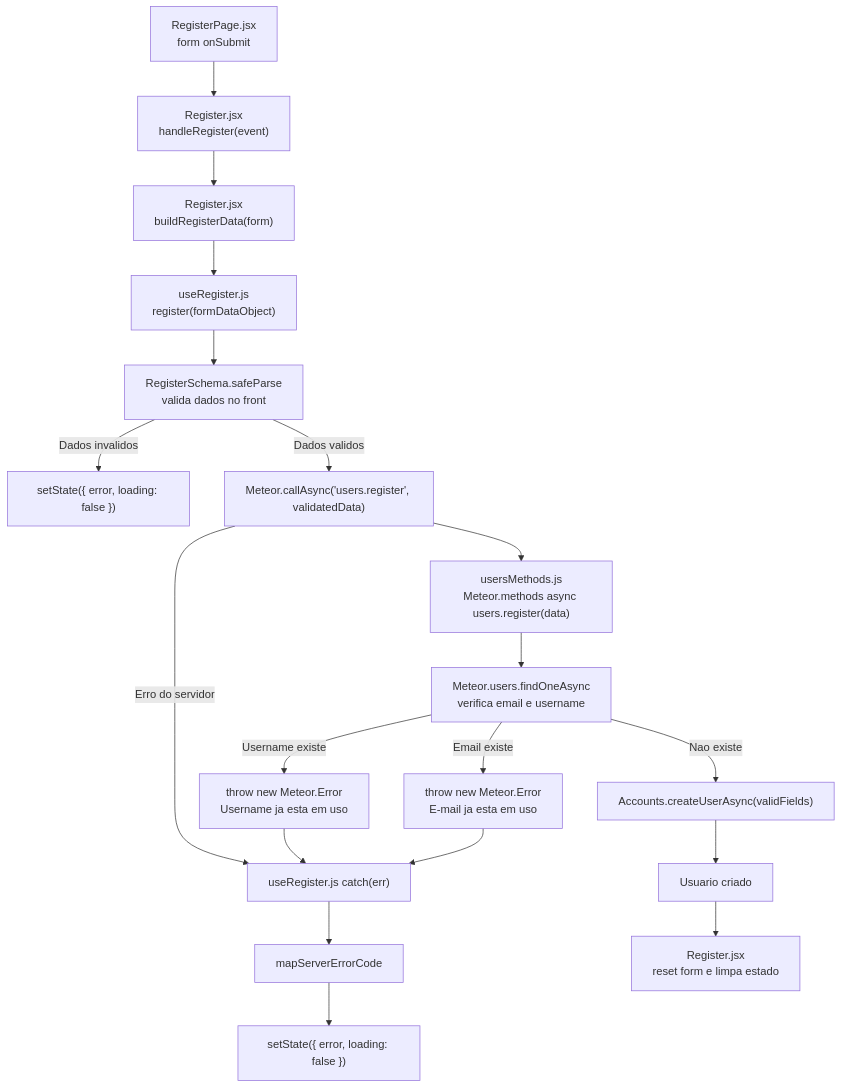
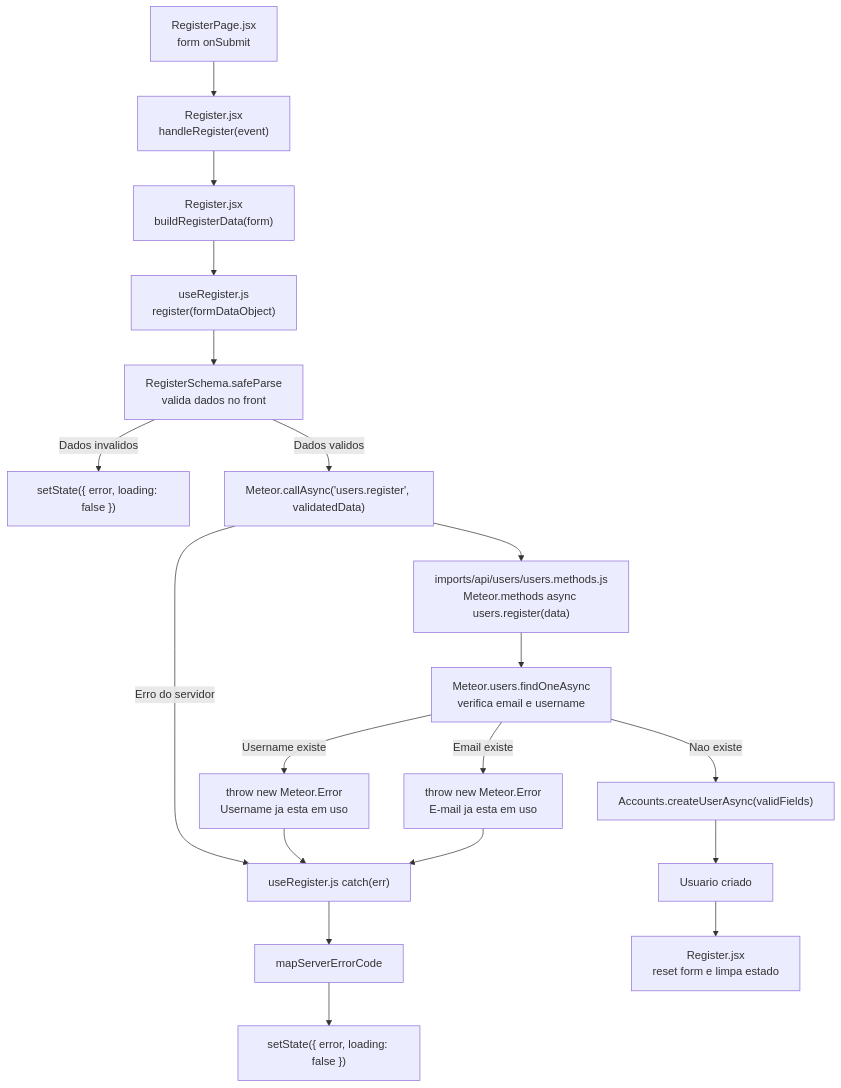
The diagram in todo-meteor/register-flow.md (Athus27/StudyFlow), drawn with Mermaid before and after one commit. The commit also changed 28 other files, not shown here.

````diff
--- a/todo-meteor/register-flow.md
+++ b/todo-meteor/register-flow.md
@@ -1,21 +1,21 @@
 ```mermaid
 flowchart TD
     A["RegisterPage.jsx<br/>form onSubmit"] --> B["Register.jsx<br/>handleRegister(event)"]
     B --> C["Register.jsx<br/>buildRegisterData(form)"]
     C --> D["useRegister.js<br/>register(formDataObject)"]
     D --> E["RegisterSchema.safeParse<br/>valida dados no front"]
     E -->|Dados invalidos| F["setState({ error, loading: false })"]
     E -->|Dados validos| G["Meteor.callAsync('users.register', validatedData)"]
-    G --> H["usersMethods.js<br/>Meteor.methods async users.register(data)"]
+    G --> H["imports/api/users/users.methods.js<br/>Meteor.methods async users.register(data)"]
     H --> I["Meteor.users.findOneAsync<br/>verifica email e username"]
     I -->|Email existe| J["throw new Meteor.Error<br/>E-mail ja esta em uso"]
     I -->|Username existe| K["throw new Meteor.Error<br/>Username ja esta em uso"]
     I -->|Nao existe| L["Accounts.createUserAsync(validFields)"]
     L --> M["Usuario criado"]
     J --> N["useRegister.js catch(err)"]
     K --> N
     G -->|Erro do servidor| N
     N --> O["mapServerErrorCode"]
     O --> P["setState({ error, loading: false })"]
     M --> Q["Register.jsx<br/>reset form e limpa estado"]
 ```
````
